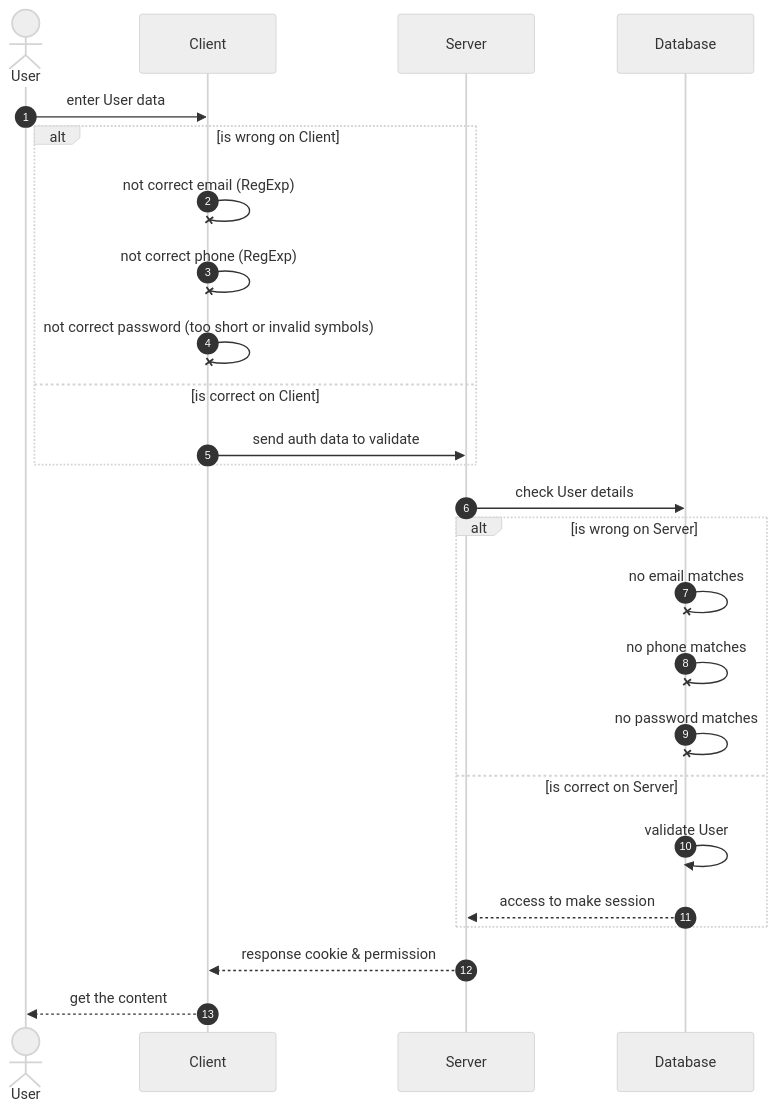
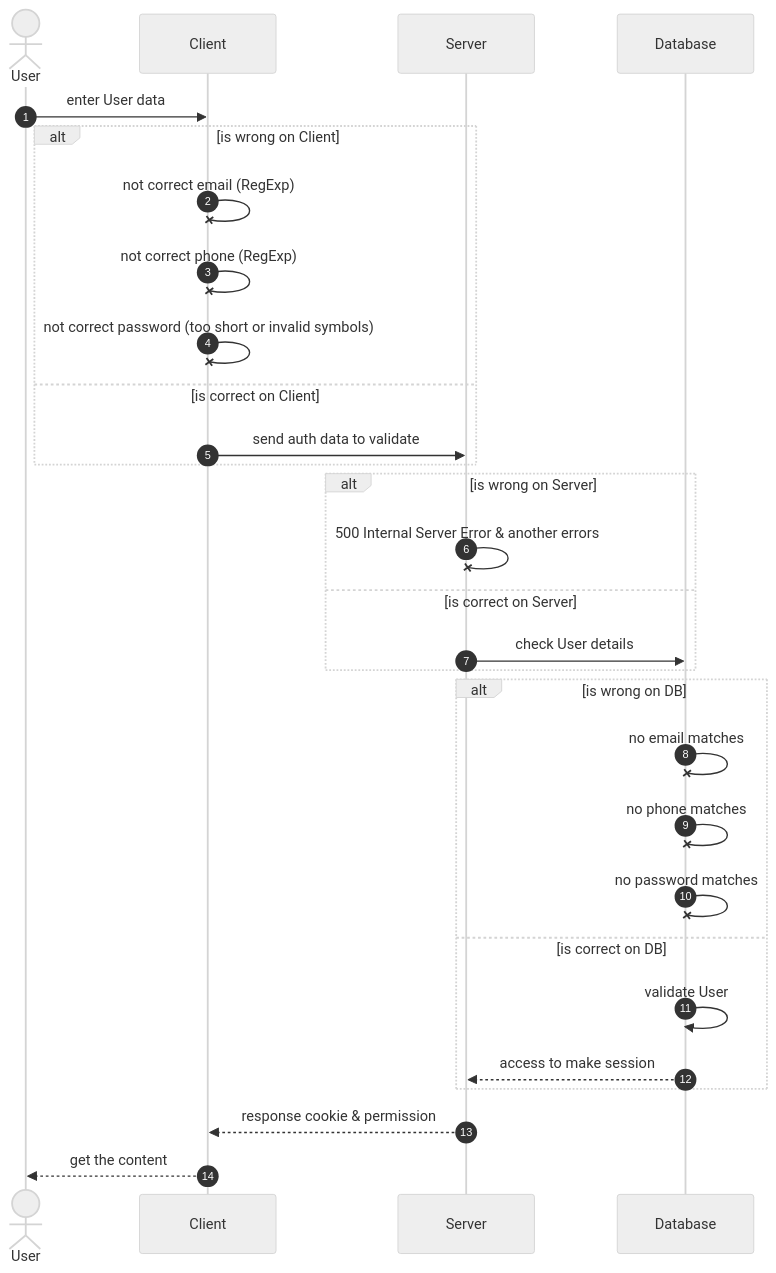
The diagram in alt_path.md (olegTheCoder/grachev_rmr_hw_server), drawn with Mermaid (neutral theme) before and after one commit.

Commit message:
HW all fixbug

````diff
--- a/alt_path.md
+++ b/alt_path.md
@@ -1,27 +1,31 @@
 ```mermaid
     sequenceDiagram
       autonumber
         actor U as User
         participant C as Client
         participant S as Server
         participant DB as Database
           U->>C: enter User data
           alt is wrong on Client
           C-xC: not correct email (RegExp)
           C-xC: not correct phone (RegExp)
           C-xC: not correct password (too short or invalid symbols)
           else is correct on Client
           C->>S: send auth data to validate
           end
+          alt is wrong on Server
+          S-xS: 500 Internal Server Error & another errors
+          else is correct on Server
           S->>DB: check User details
-          alt is wrong on Server
+          end
+          alt is wrong on DB
           DB-xDB: no email matches
           DB-xDB: no phone matches
           DB-xDB: no password matches
-          else is correct on Server
+          else is correct on DB
           DB->>DB: validate User
           DB-->>S: access to make session
           end
           S-->>C: response cookie & permission
           C-->>U: get the content
 ```
````
